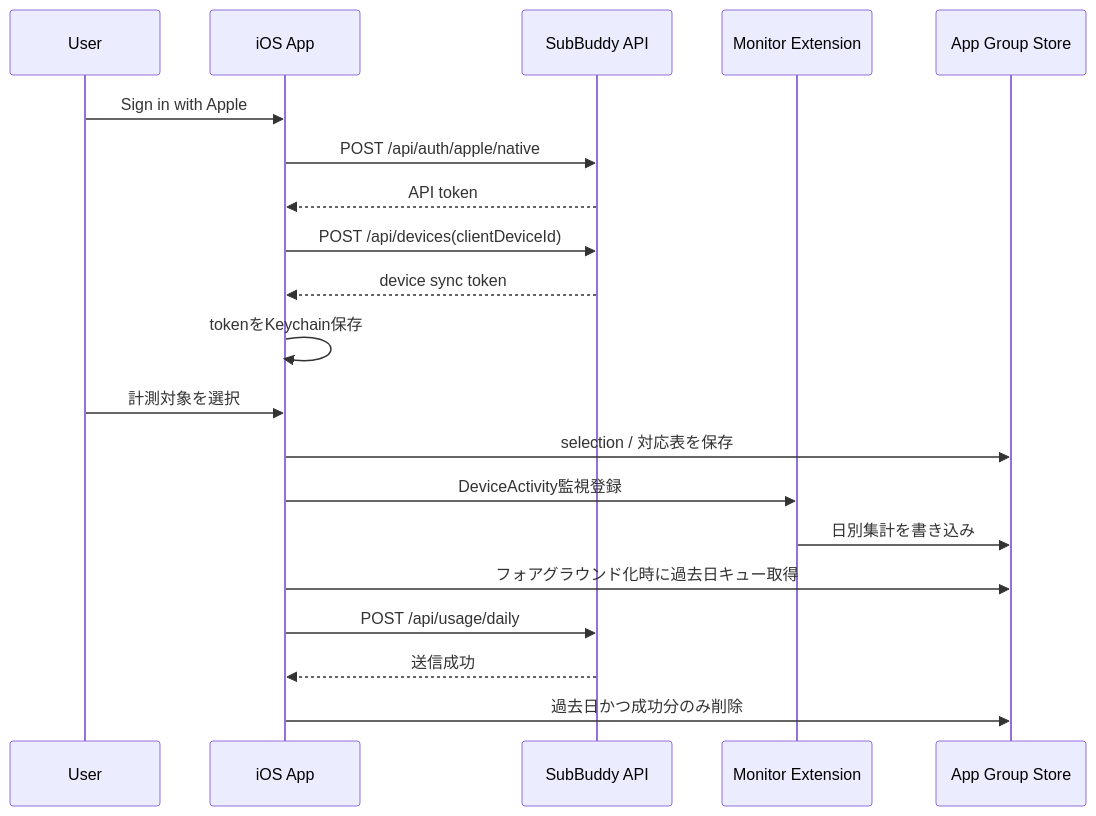
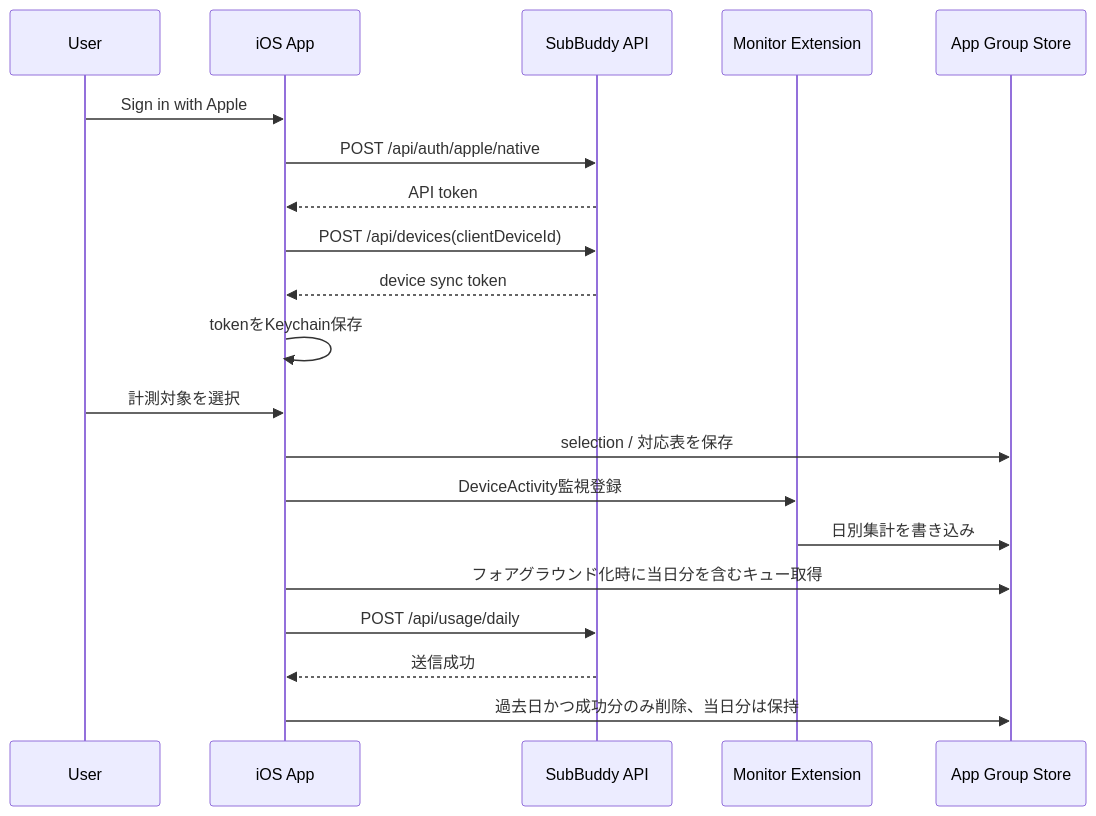
One commit to Shintaro-Abe/SubBuddy changed the diagram in .steering/20260707-testflight-ios-implementation/design.md. Above: the diagram before and after it, drawn with Mermaid. The commit also changed 43 other files, not shown here.

Commit message:
chore: checkpoint release roadmap and iOS progress

````diff
--- a/.steering/20260707-testflight-ios-implementation/design.md
+++ b/.steering/20260707-testflight-ios-implementation/design.md
@@ -53,23 +53,23 @@
 ```mermaid
 sequenceDiagram
   participant User as User
   participant App as iOS App
   participant API as SubBuddy API
   participant Ext as Monitor Extension
   participant Store as App Group Store
 
   User->>App: Sign in with Apple
   App->>API: POST /api/auth/apple/native
   API-->>App: API token
   App->>API: POST /api/devices(clientDeviceId)
   API-->>App: device sync token
   App->>App: tokenをKeychain保存
   User->>App: 計測対象を選択
   App->>Store: selection / 対応表を保存
   App->>Ext: DeviceActivity監視登録
   Ext->>Store: 日別集計を書き込み
-  App->>Store: フォアグラウンド化時に過去日キュー取得
+  App->>Store: フォアグラウンド化時に当日分を含むキュー取得
   App->>API: POST /api/usage/daily
   API-->>App: 送信成功
-  App->>Store: 過去日かつ成功分のみ削除
+  App->>Store: 過去日かつ成功分のみ削除、当日分は保持
 ```
````
